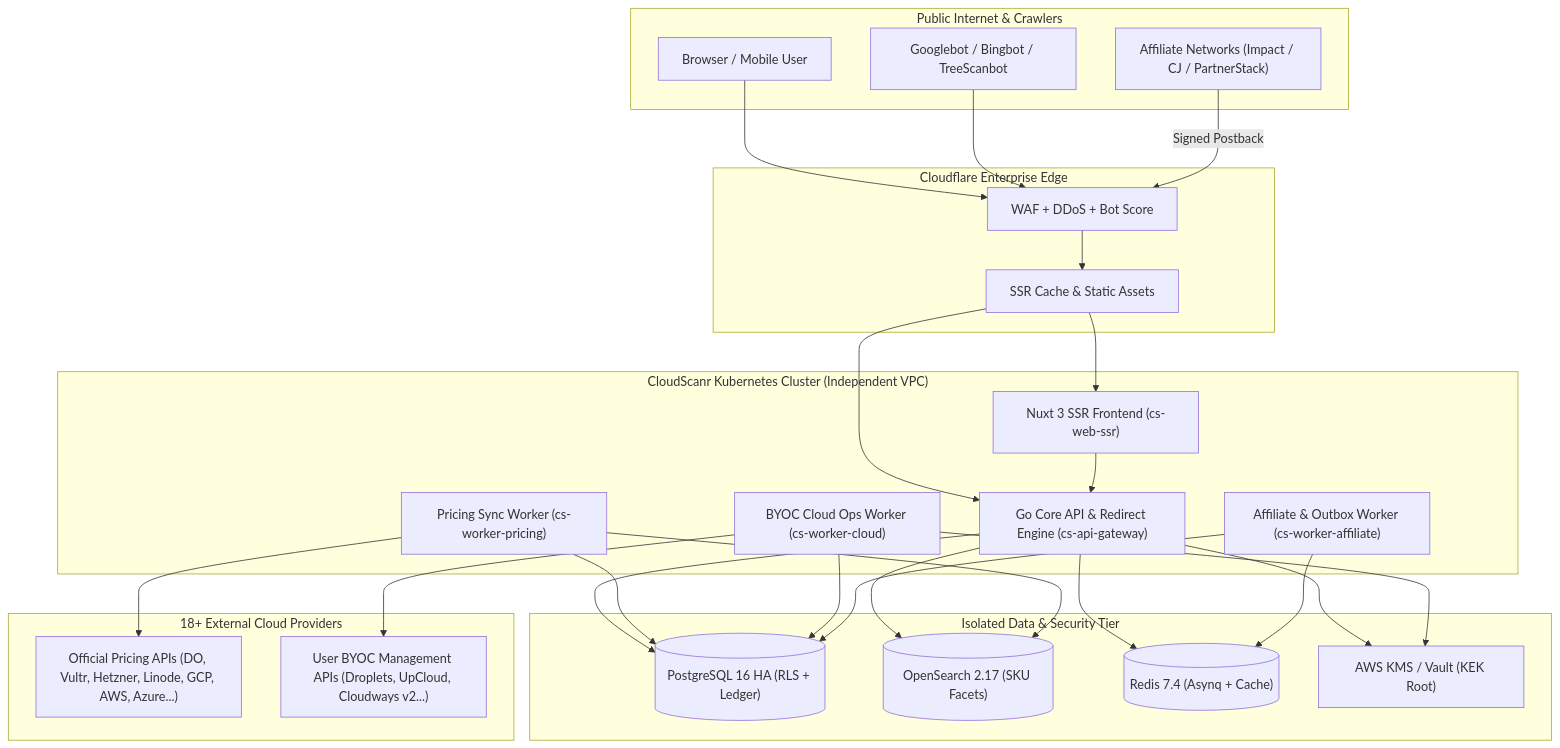
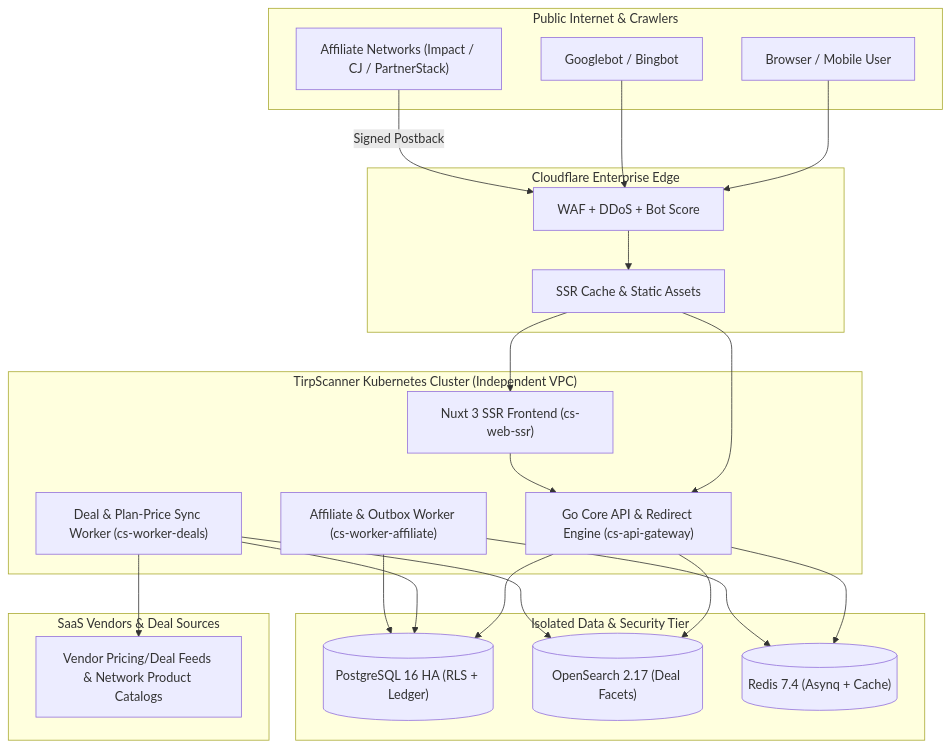
Before and after one commit to dnjstjq0824-byte/cloudscanner: the first of 3 diagrams in 02_SYSTEM_ARCHITECTURE/SYSTEM_DIAGRAMS.md, drawn with Mermaid. The commit also changed other lines of this file and 96 other files, not shown here.

First line of the commit message:
docs(pivot): TirpScanner rebrand, engine-damage recovery, confirmed domain wording

````diff
--- a/02_SYSTEM_ARCHITECTURE/SYSTEM_DIAGRAMS.md
+++ b/02_SYSTEM_ARCHITECTURE/SYSTEM_DIAGRAMS.md
@@ -9,53 +11,46 @@
 ```mermaid
 graph TB
     subgraph Public_Internet["Public Internet & Crawlers"]
         User["Browser / Mobile User"]
-        Bot["Googlebot / Bingbot / TreeScanbot"]
+        Bot["Googlebot / Bingbot"]
         AffNet["Affiliate Networks (Impact / CJ / PartnerStack)"]
     end
 
     subgraph Edge["Cloudflare Enterprise Edge"]
         WAF["WAF + DDoS + Bot Score"]
         CDN["SSR Cache & Static Assets"]
     end
 
-    subgraph App_Tier["CloudScanr Kubernetes Cluster (Independent VPC)"]
+    subgraph App_Tier["TirpScanner Kubernetes Cluster (Independent VPC)"]
         Web["Nuxt 3 SSR Frontend (cs-web-ssr)"]
         API["Go Core API & Redirect Engine (cs-api-gateway)"]
-        W_Price["Pricing Sync Worker (cs-worker-pricing)"]
-        W_Cloud["BYOC Cloud Ops Worker (cs-worker-cloud)"]
+        W_Deals["Deal & Plan-Price Sync Worker (cs-worker-deals)"]
         W_Aff["Affiliate & Outbox Worker (cs-worker-affiliate)"]
     end
 
     subgraph Data_Tier["Isolated Data & Security Tier"]
         PG[("PostgreSQL 16 HA (RLS + Ledger)")]
-        OS[("OpenSearch 2.17 (SKU Facets)")]
+        OS[("OpenSearch 2.17 (Deal Facets)")]
         RD[("Redis 7.4 (Asynq + Cache)")]
-        KMS["AWS KMS / Vault (KEK Root)"]
     end
 
-    subgraph External_Clouds["18+ External Cloud Providers"]
-        P_API["Official Pricing APIs (DO, Vultr, Hetzner, Linode, GCP, AWS, Azure...)"]
-        M_API["User BYOC Management APIs (Droplets, UpCloud, Cloudways v2...)"]
+    subgraph External_Vendors["SaaS Vendors & Deal Sources"]
+        P_API["Vendor Pricing/Deal Feeds & Network Product Catalogs"]
     end
 
     User --> WAF
     Bot --> WAF
     AffNet -->|Signed Postback| WAF
     WAF --> CDN
     CDN --> Web
     CDN --> API
     Web --> API
     API --> PG
     API --> OS
     API --> RD
-    API --> KMS
-    W_Price --> P_API
-    W_Price --> PG
-    W_Price --> OS
-    W_Cloud --> KMS
-    W_Cloud --> M_API
-    W_Cloud --> PG
+    W_Deals --> P_API
+    W_Deals --> PG
+    W_Deals --> OS
     W_Aff --> PG
     W_Aff --> RD
 ```
````
